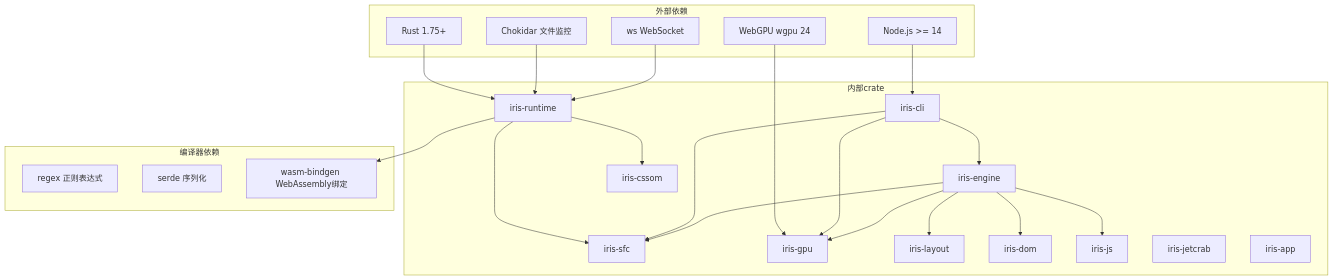
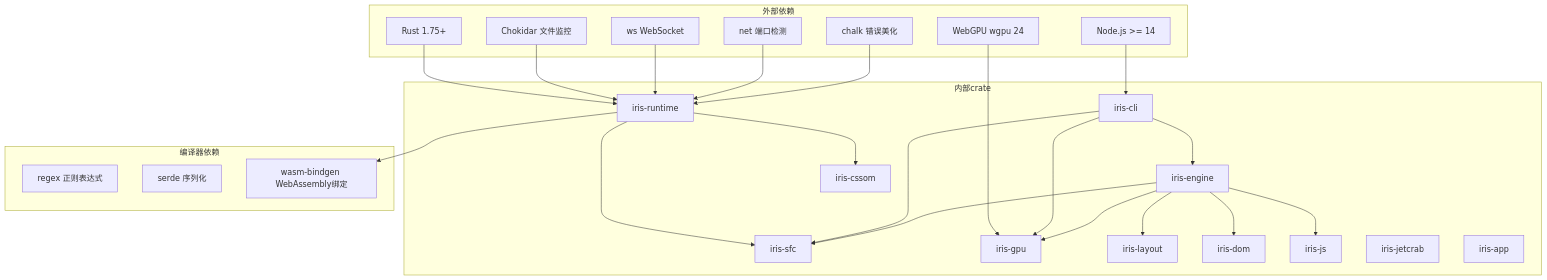
Before and after one commit to itszzl-sudo/iris: the ninth of 10 diagrams in .qoder/repowiki/zh/content/核心功能特性/Iris WASM开发服务器.md, drawn with Mermaid. The commit also changed other lines of this file and 34 other files, not shown here.

````diff
--- a/.qoder/repowiki/zh/content/核心功能特性/Iris WASM开发服务器.md
+++ b/.qoder/repowiki/zh/content/核心功能特性/Iris WASM开发服务器.md
@@ -352,44 +415,48 @@
 ```mermaid
 graph TB
 subgraph "外部依赖"
 Rust[Rust 1.75+]
 WebGPU[WebGPU wgpu 24]
 NodeJS[Node.js >= 14]
 Chokidar[Chokidar 文件监控]
 WS[ws WebSocket]
+Net[net 端口检测]
+chalk[chalk 错误美化]
 end
 subgraph "内部crate"
 iris_runtime[iris-runtime]
 iris_cli[iris-cli]
 iris_engine[iris-engine]
 iris_sfc[iris-sfc]
 iris_gpu[iris-gpu]
 iris_layout[iris-layout]
 iris_dom[iris-dom]
 iris_js[iris-js]
 iris_cssom[iris-cssom]
 iris_jetcrab[iris-jetcrab]
 iris_app[iris-app]
 end
 subgraph "编译器依赖"
 regex[regex 正则表达式]
 serde[serde 序列化]
 wasm_bindgen[wasm-bindgen WebAssembly绑定]
 end
 Rust --> iris_runtime
 WebGPU --> iris_gpu
 NodeJS --> iris_cli
 Chokidar --> iris_runtime
 WS --> iris_runtime
+Net --> iris_runtime
+chalk --> iris_runtime
 iris_runtime --> iris_sfc
 iris_runtime --> iris_cssom
 iris_runtime --> wasm_bindgen
 iris_cli --> iris_engine
 iris_cli --> iris_gpu
 iris_cli --> iris_sfc
 iris_engine --> iris_gpu
 iris_engine --> iris_layout
 iris_engine --> iris_dom
 iris_engine --> iris_js
 iris_engine --> iris_sfc
 ```
````
